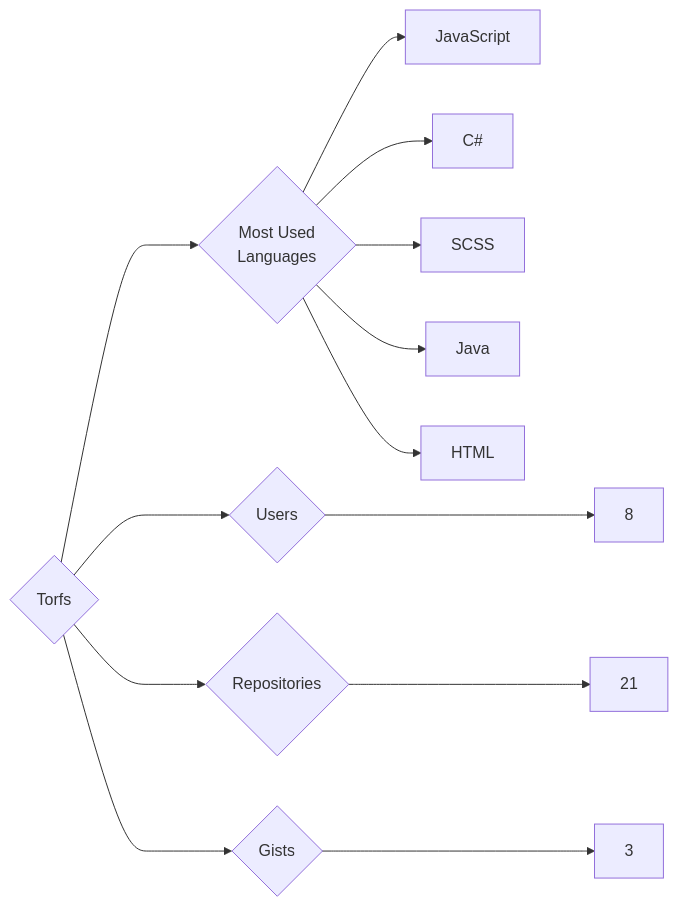
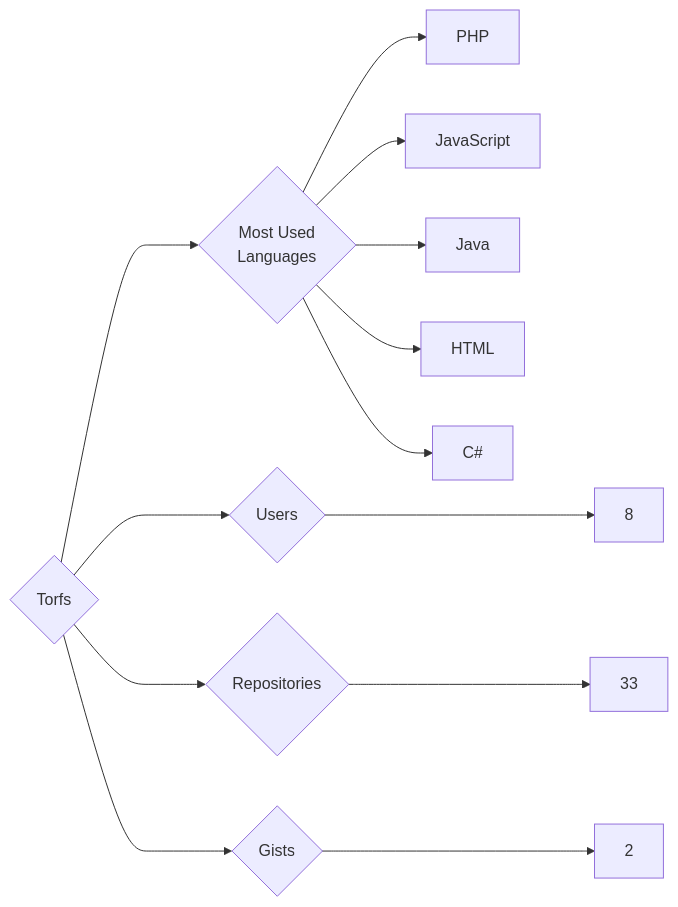
Before and after one commit to trickest/insiders: the diagram in targets/Torfs/README.md, drawn with Mermaid. The commit also changed 928 other files, not shown here.

````diff
--- a/targets/Torfs/README.md
+++ b/targets/Torfs/README.md
@@ -3,13 +3,13 @@
 ```mermaid
 graph LR
 COMPANY_NAME{Torfs}
 COMPANY_NAME ---> U{Users} ---> UN[8]
-COMPANY_NAME ---> R{Repositories} ---> RN[21]
-COMPANY_NAME ---> G{Gists} ---> GN[3]
+COMPANY_NAME ---> R{Repositories} ---> RN[33]
+COMPANY_NAME ---> G{Gists} ---> GN[2]
 COMPANY_NAME ---> ML{Most Used<br>Languages}
+ML --> PHP[PHP]
 ML --> JavaScript[JavaScript]
-ML --> C#[C#]
-ML --> SCSS[SCSS]
 ML --> Java[Java]
 ML --> HTML[HTML]
+ML --> C#[C#]
 ```
````
